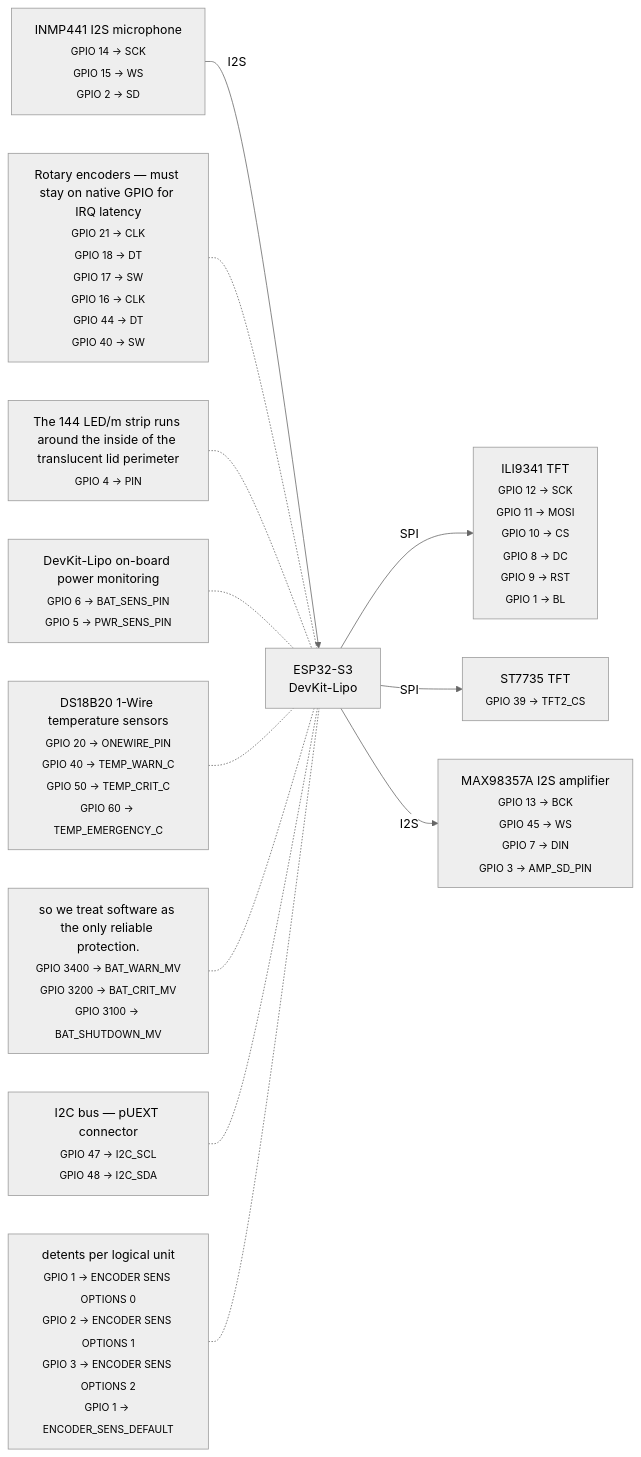
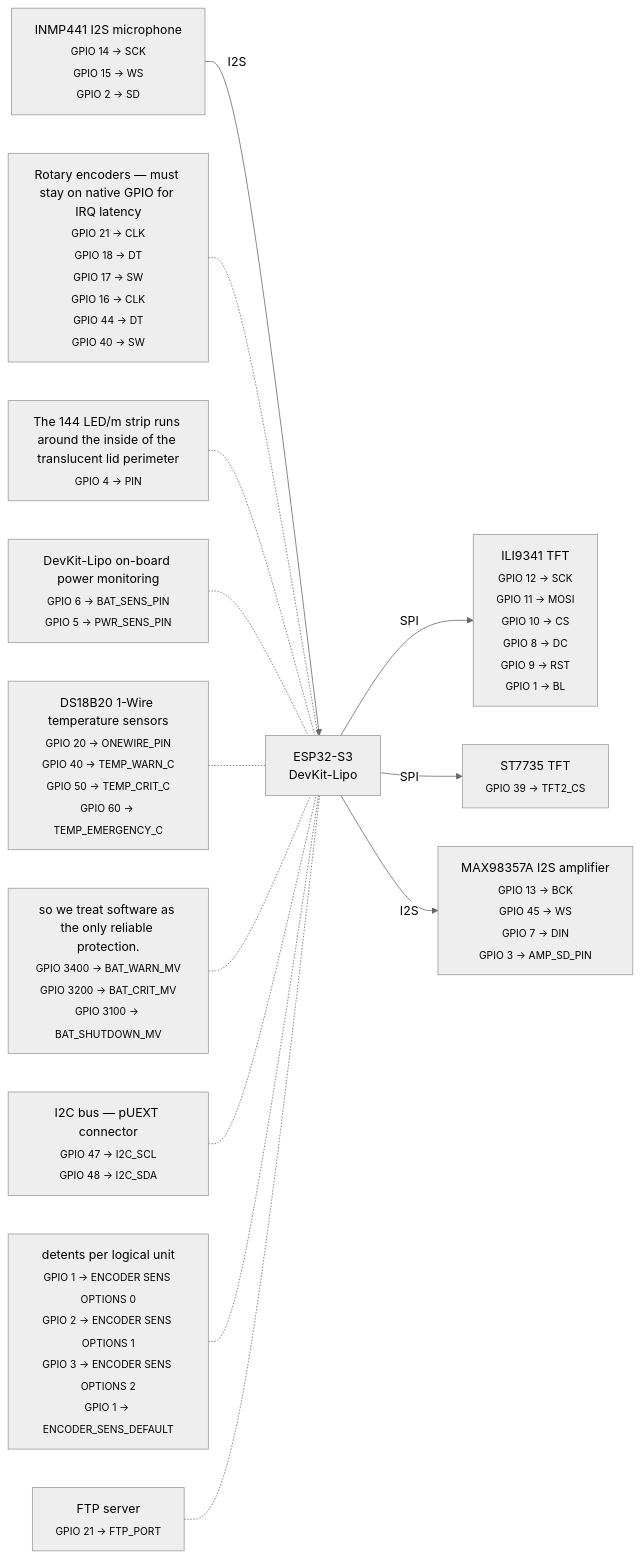
Before and after one commit to mandakan/bodn-esp32: the diagram in docs/wiring.md, drawn with Mermaid (neutral theme). The commit also changed other lines of this file and 7 other files, not shown here.

````diff
--- a/docs/wiring.md
+++ b/docs/wiring.md
@@ -8,38 +8,41 @@
 ```mermaid
 graph LR
     ESP["ESP32-S3<br/>DevKit-Lipo"]
 
     ILI9341TFT["ILI9341 TFT<br/><sub>GPIO 12 → SCK<br/>GPIO 11 → MOSI<br/>GPIO 10 → CS<br/>GPIO 8 → DC<br/>GPIO 9 → RST<br/>GPIO 1 → BL</sub>"]
     ESP -- SPI --> ILI9341TFT
 
     ST7735TFT["ST7735 TFT<br/><sub>GPIO 39 → TFT2_CS</sub>"]
     ESP -- SPI --> ST7735TFT
 
     INMP441I2Smicrophone["INMP441 I2S microphone<br/><sub>GPIO 14 → SCK<br/>GPIO 15 → WS<br/>GPIO 2 → SD</sub>"]
     INMP441I2Smicrophone -- I2S --> ESP
 
     MAX98357AI2Samplifier["MAX98357A I2S amplifier<br/><sub>GPIO 13 → BCK<br/>GPIO 45 → WS<br/>GPIO 7 → DIN<br/>GPIO 3 → AMP_SD_PIN</sub>"]
     ESP -- I2S --> MAX98357AI2Samplifier
 
     RotaryencodersmuststayonnativeGPIOforIRQlatency["Rotary encoders — must stay on native GPIO for IRQ latency<br/><sub>GPIO 21 → CLK<br/>GPIO 18 → DT<br/>GPIO 17 → SW<br/>GPIO 16 → CLK<br/>GPIO 44 → DT<br/>GPIO 40 → SW</sub>"]
     RotaryencodersmuststayonnativeGPIOforIRQlatency -.- ESP
 
     The144LEDmstriprunsaroundtheinsideofthetranslucentlidperimeter["The 144 LED/m strip runs around the inside of the translucent lid perimeter<br/><sub>GPIO 4 → PIN</sub>"]
     The144LEDmstriprunsaroundtheinsideofthetranslucentlidperimeter -.- ESP
 
     DevKitLipoonboardpowermonitoring["DevKit-Lipo on-board power monitoring<br/><sub>GPIO 6 → BAT_SENS_PIN<br/>GPIO 5 → PWR_SENS_PIN</sub>"]
     DevKitLipoonboardpowermonitoring -.- ESP
 
     DS18B201Wiretemperaturesensors["DS18B20 1-Wire temperature sensors<br/><sub>GPIO 20 → ONEWIRE_PIN<br/>GPIO 40 → TEMP_WARN_C<br/>GPIO 50 → TEMP_CRIT_C<br/>GPIO 60 → TEMP_EMERGENCY_C</sub>"]
     DS18B201Wiretemperaturesensors -.- ESP
 
     sowetreatsoftwareastheonlyreliableprotection["so we treat software as the only reliable protection.<br/><sub>GPIO 3400 → BAT_WARN_MV<br/>GPIO 3200 → BAT_CRIT_MV<br/>GPIO 3100 → BAT_SHUTDOWN_MV</sub>"]
     sowetreatsoftwareastheonlyreliableprotection -.- ESP
 
     I2CbuspUEXTconnector["I2C bus — pUEXT connector<br/><sub>GPIO 47 → I2C_SCL<br/>GPIO 48 → I2C_SDA</sub>"]
     I2CbuspUEXTconnector -.- ESP
 
     detentsperlogicalunit["detents per logical unit<br/><sub>GPIO 1 → ENCODER SENS OPTIONS 0<br/>GPIO 2 → ENCODER SENS OPTIONS 1<br/>GPIO 3 → ENCODER SENS OPTIONS 2<br/>GPIO 1 → ENCODER_SENS_DEFAULT</sub>"]
     detentsperlogicalunit -.- ESP
 
+    FTPserver["FTP server<br/><sub>GPIO 21 → FTP_PORT</sub>"]
+    FTPserver -.- ESP
+
 ```
````
